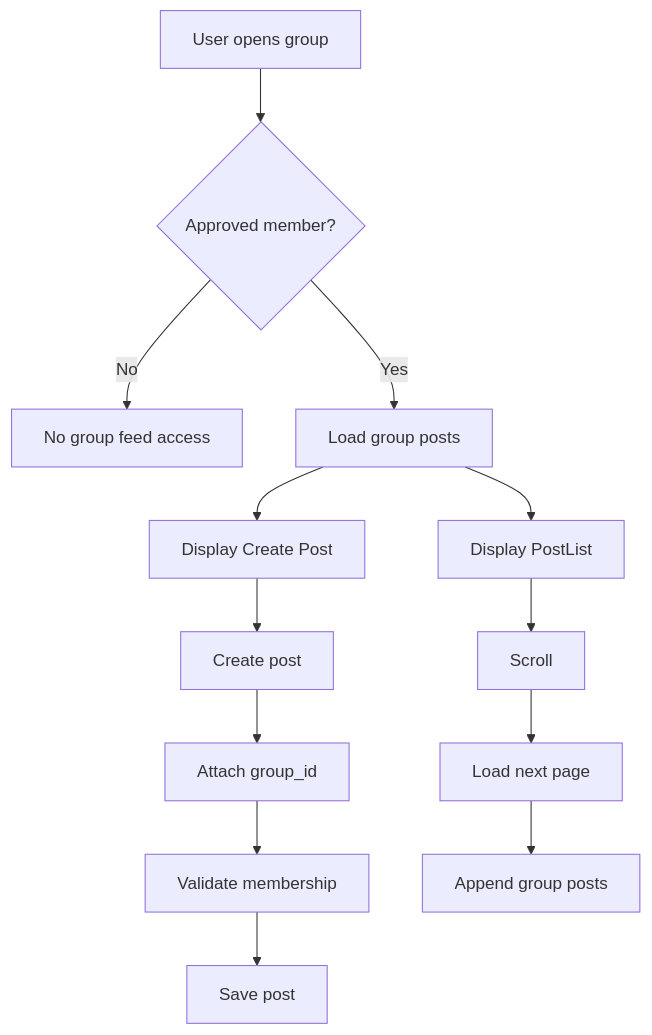
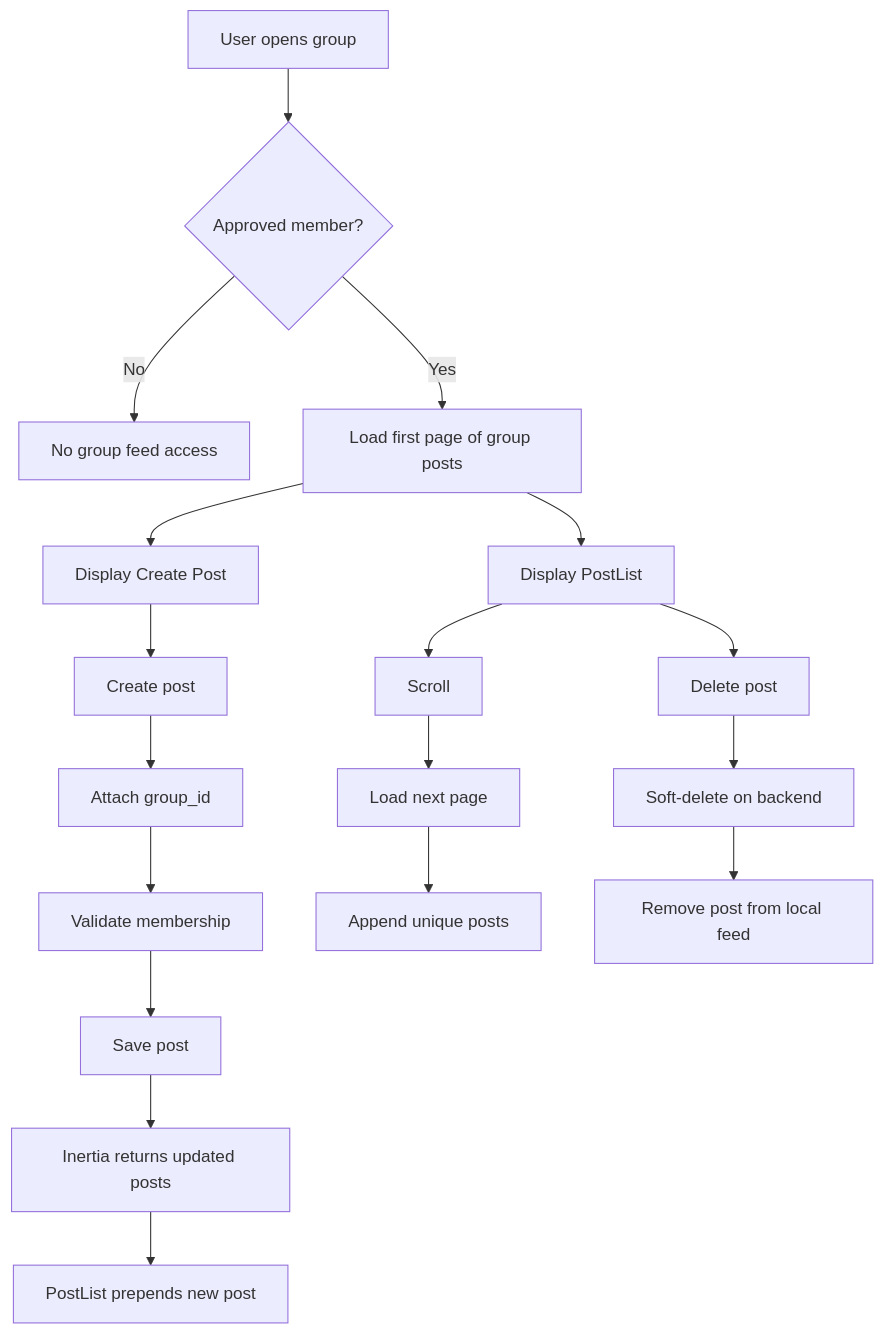
One commit to Paradox-Work/Poet-Web changed the fifth of 5 diagrams in docs/group-post-flow.md. Above: the diagram before and after it, drawn with Mermaid. The commit also changed other lines of this file and 2 other files, not shown here.

First line of the commit message:
docs: update post feed and moderation flows

````diff
--- a/docs/group-post-flow.md
+++ b/docs/group-post-flow.md
@@ -510,20 +308,23 @@
 ```mermaid
 flowchart TD
     A[User opens group] --> B{Approved member?}
-
     B -- No --> C[No group feed access]
-
-    B -- Yes --> D[Load group posts]
-
+    B -- Yes --> D[Load first page of group posts]
     D --> E[Display Create Post]
     D --> F[Display PostList]
 
     E --> G[Create post]
     G --> H[Attach group_id]
     H --> I[Validate membership]
     I --> J[Save post]
+    J --> K[Inertia returns updated posts]
+    K --> L[PostList prepends new post]
 
-    F --> K[Scroll]
-    K --> L[Load next page]
-    L --> M[Append group posts]
+    F --> M[Scroll]
+    M --> N[Load next page]
+    N --> O[Append unique posts]
+
+    F --> P[Delete post]
+    P --> Q[Soft-delete on backend]
+    Q --> R[Remove post from local feed]
 ```
````
